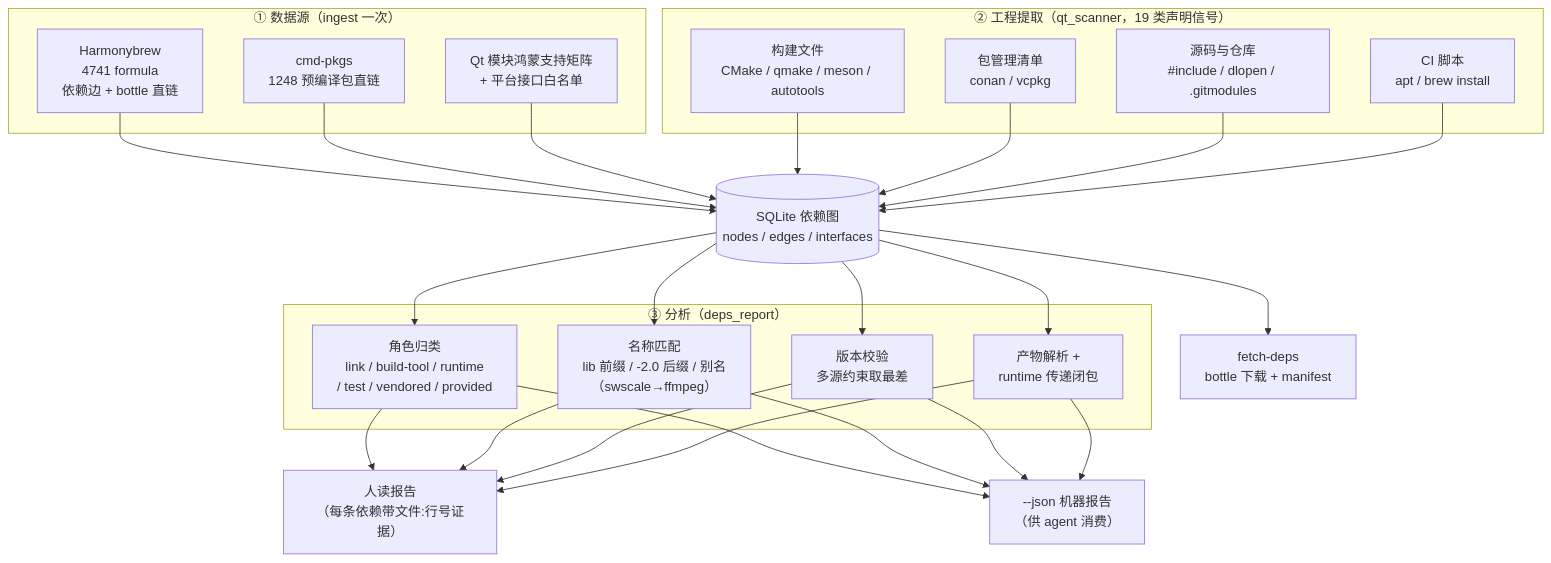
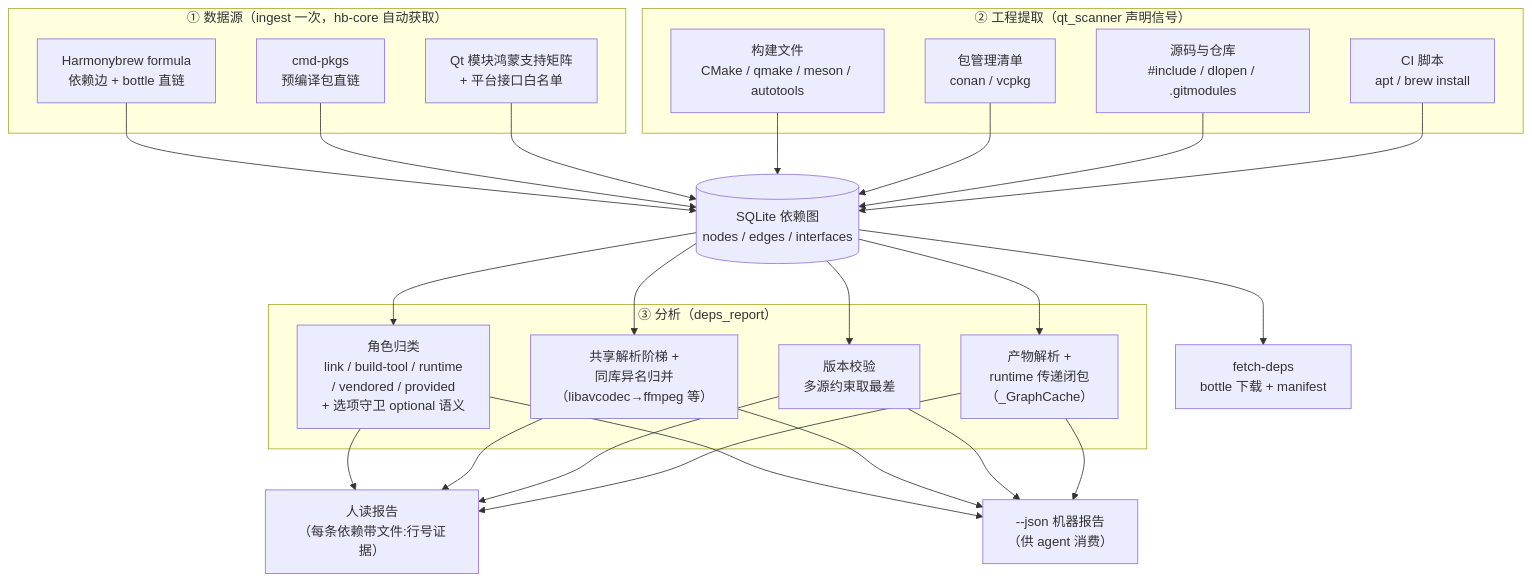
One commit to liangqi/ohos_qt-skills changed the diagram in portgraph/OVERVIEW.md. Above: the diagram before and after it, drawn with Mermaid. The commit also changed other lines of this file, not shown here.

Commit message:
docs: OVERVIEW 按远端最新工程基线重写——in-tree 归并/选项守卫/e2e 对账/质量保障

````diff
--- a/portgraph/OVERVIEW.md
+++ b/portgraph/OVERVIEW.md
@@ -59,39 +65,39 @@
 ```mermaid
 flowchart TB
-    subgraph SRC["① 数据源（ingest 一次）"]
-        HB["Harmonybrew<br/>4741 formula<br/>依赖边 + bottle 直链"]
-        CP["cmd-pkgs<br/>1248 预编译包直链"]
+    subgraph SRC["① 数据源（ingest 一次，hb-core 自动获取）"]
+        HB["Harmonybrew formula<br/>依赖边 + bottle 直链"]
+        CP["cmd-pkgs<br/>预编译包直链"]
         KB["Qt 模块鸿蒙支持矩阵<br/>+ 平台接口白名单"]
     end
 
     D[("SQLite 依赖图<br/>nodes / edges / interfaces")]
 
-    subgraph SCAN["② 工程提取（qt_scanner，19 类声明信号）"]
+    subgraph SCAN["② 工程提取（qt_scanner 声明信号）"]
         B["构建文件<br/>CMake / qmake / meson / autotools"]
         M["包管理清单<br/>conan / vcpkg"]
         S["源码与仓库<br/>#include / dlopen / .gitmodules"]
         E["CI 脚本<br/>apt / brew install"]
     end
 
     subgraph CORE["③ 分析（deps_report）"]
-        R1["角色归类<br/>link / build-tool / runtime<br/>/ test / vendored / provided"]
-        R2["名称匹配<br/>lib 前缀 / -2.0 后缀 / 别名<br/>（swscale→ffmpeg）"]
+        R1["角色归类<br/>link / build-tool / runtime<br/>/ vendored / provided<br/>+ 选项守卫 optional 语义"]
+        R2["共享解析阶梯 +<br/>同库异名归并<br/>（libavcodec→ffmpeg 等）"]
         R3["版本校验<br/>多源约束取最差"]
-        R4["产物解析 +<br/>runtime 传递闭包"]
+        R4["产物解析 +<br/>runtime 传递闭包<br/>（_GraphCache）"]
     end
 
     OUT1["人读报告<br/>（每条依赖带文件:行号证据）"]
     OUT2["--json 机器报告<br/>（供 agent 消费）"]
     OUT3["fetch-deps<br/>bottle 下载 + manifest"]
 
     HB --> D
     CP --> D
     KB --> D
     B --> D
     M --> D
     S --> D
     E --> D
     D --> R1 & R2 & R3 & R4
     R1 & R2 & R3 & R4 --> OUT1 & OUT2
     D --> OUT3
 ```
````
